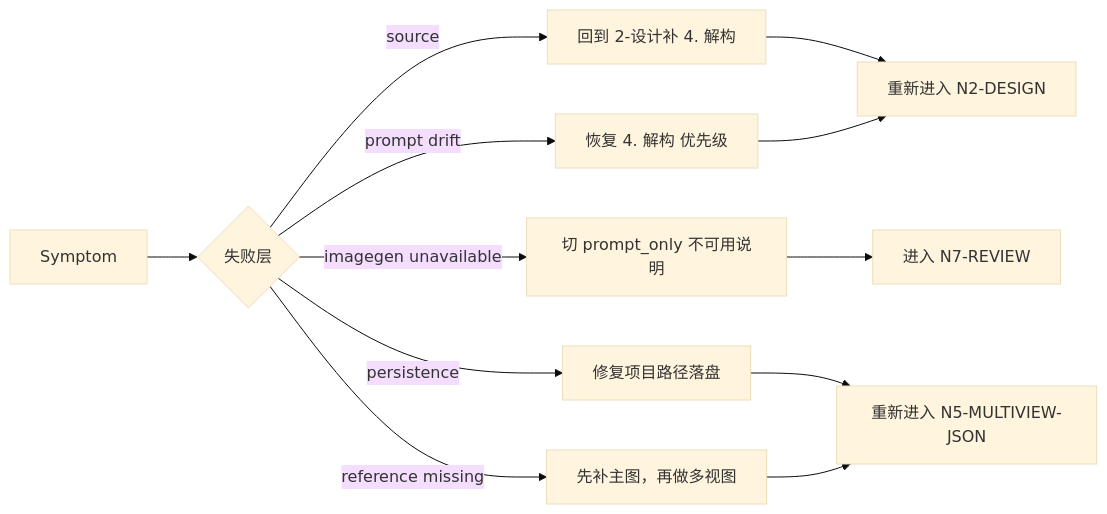
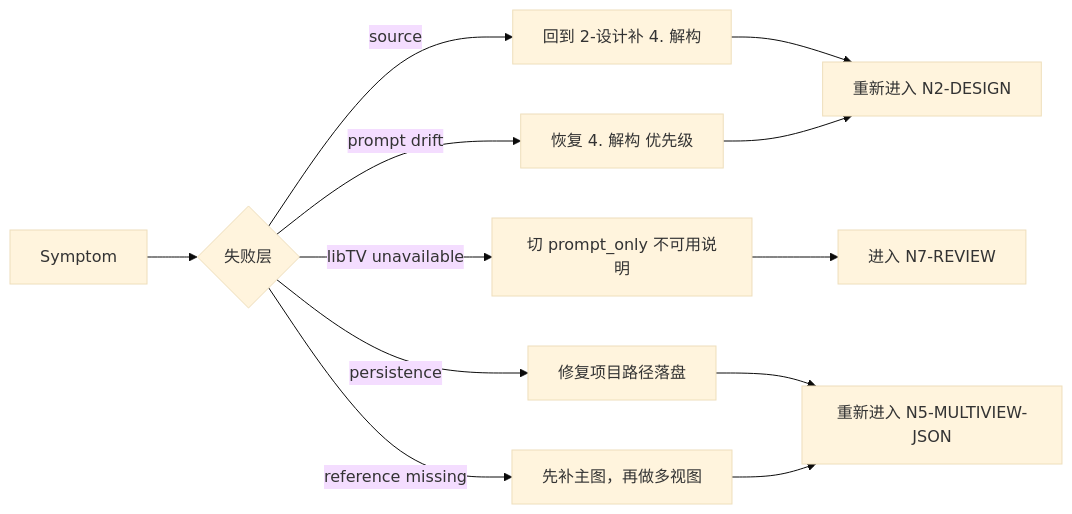
One commit to ZEN-VOID/AI-CUT changed the third of 3 diagrams in .agents/skills/aigc/3-主体/角色/3-生成/references/legacy-character-generation-workflow.md. Above: the diagram before and after it, drawn with Mermaid (base theme). The commit also changed other lines of this file and 439 other files, not shown here.

````diff
--- a/.agents/skills/aigc/3-主体/角色/3-生成/references/legacy-character-generation-workflow.md
+++ b/.agents/skills/aigc/3-主体/角色/3-生成/references/legacy-character-generation-workflow.md
@@ -46,14 +46,14 @@
 ```mermaid
 flowchart LR
     A["Symptom"] --> B{"失败层"}
     B -->|"source"| C["回到 2-设计补 4. 解构"]
     B -->|"prompt drift"| D["恢复 4. 解构 优先级"]
-    B -->|"imagegen unavailable"| E["切 prompt_only 不可用说明"]
+    B -->|"libTV unavailable"| E["切 prompt_only 不可用说明"]
     B -->|"persistence"| F["修复项目路径落盘"]
     B -->|"reference missing"| G["先补主图，再做多视图"]
     C --> H["重新进入 N2-DESIGN"]
     D --> H
     E --> I["进入 N7-REVIEW"]
     F --> J["重新进入 N5-MULTIVIEW-JSON"]
     G --> J
 ```
````
